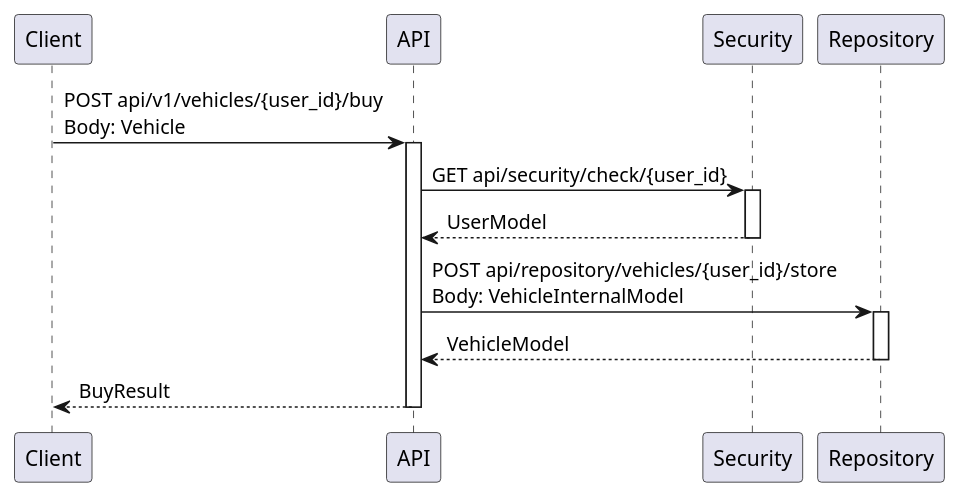
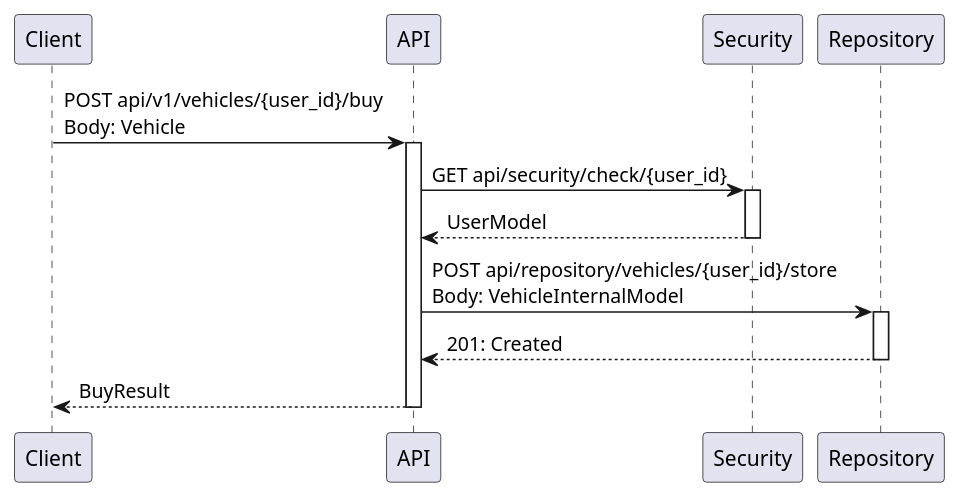
Before and after one commit to AlienEngineer/tdd-node-ts-lecture: the diagram in docs/buy-vehicle/sequence-diagram.puml, drawn with PlantUML. The commit also changed 4 other files, not shown here.

```diff
--- a/docs/buy-vehicle/sequence-diagram.puml
+++ b/docs/buy-vehicle/sequence-diagram.puml
@@ -1,19 +1,19 @@
 @startuml
 
 Client -> API: POST api/v1/vehicles/{user_id}/buy \nBody: Vehicle
 activate API
 
 API -> Security: GET api/security/check/{user_id}
 activate Security
 API <-- Security: UserModel
 deactivate Security
 
 API -> Repository: POST api/repository/vehicles/{user_id}/store\nBody: VehicleInternalModel
 activate Repository
-API <-- Repository: VehicleModel
+API <-- Repository: 201: Created
 deactivate Repository
 
 Client <-- API: BuyResult
 deactivate API
 
 @enduml
```
